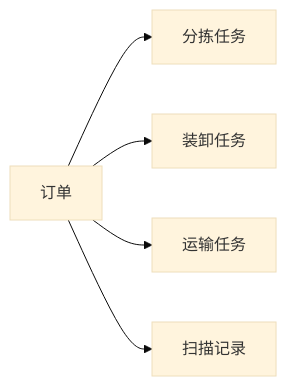
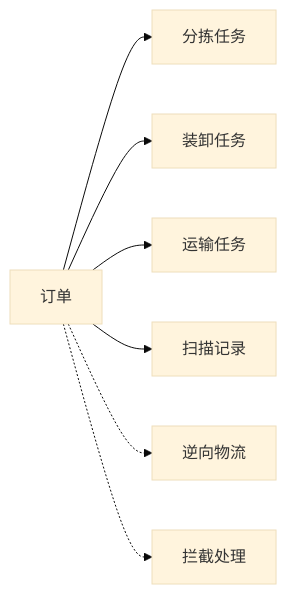
One commit to PengLine/blog-tms changed the ninth of 11 diagrams in .qoder/repowiki/zh/content/系统管理模块/运营管理/订单管理.md. Above: the diagram before and after it, drawn with Mermaid (base theme). The commit also changed other lines of this file and 101 other files, not shown here.

````diff
--- a/.qoder/repowiki/zh/content/系统管理模块/运营管理/订单管理.md
+++ b/.qoder/repowiki/zh/content/系统管理模块/运营管理/订单管理.md
@@ -376,7 +467,9 @@
 ```mermaid
 graph LR
 Order["订单"] --> Sorting["分拣任务"]
 Order --> Loading["装卸任务"]
 Order --> Transport["运输任务"]
 Order --> Scans["扫描记录"]
+Order -.-> Reverse["逆向物流"]
+Order -.-> Intercept["拦截处理"]
 ```
````
